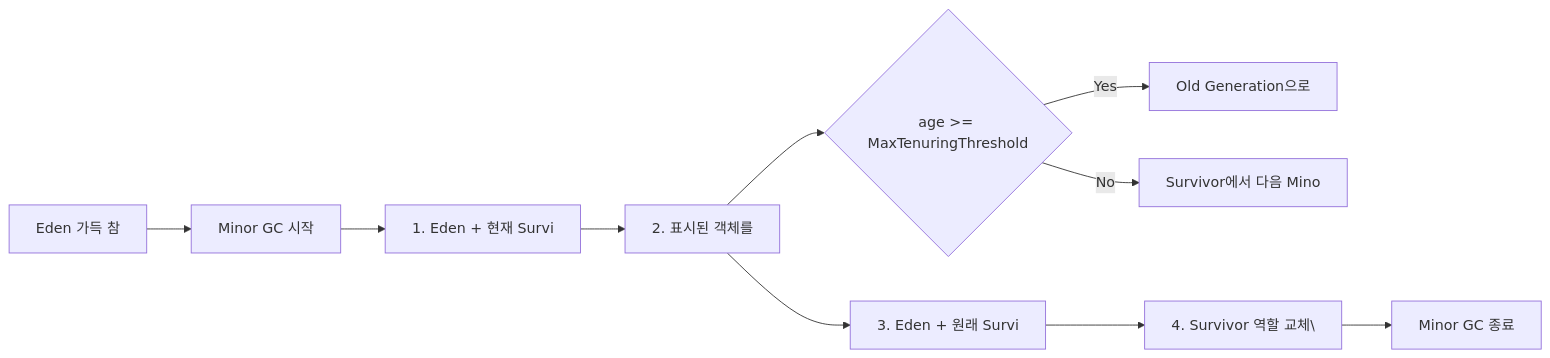
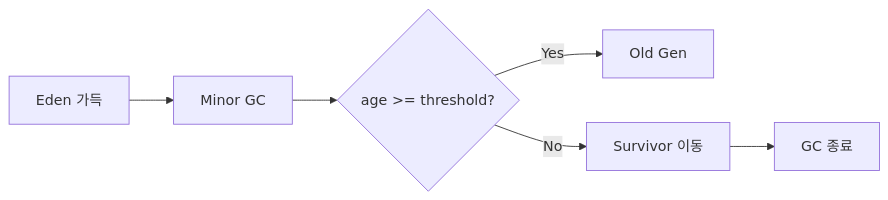
The sixth of 7 diagrams in _posts/java/2026-05-02-jvm-architecture.md (yjkim2015/yjkim2015.github.io), drawn with Mermaid before and after one commit. The commit also changed other lines of this file and 163 other files, not shown here.

First line of the commit message:
Mermaid 300개 블록 내용 축소: 5노드 5엣지 이하, 의미 있는 약어

````diff
--- a/_posts/java/2026-05-02-jvm-architecture.md
+++ b/_posts/java/2026-05-02-jvm-architecture.md
@@ -580,12 +576,8 @@
 ```mermaid
-flowchart LR
-    A["Eden 가득 참"] --> B["Minor GC 시작"]
-    B --> C["1. Eden + 현재 Survi"]
-    C --> D["2. 표시된 객체를"]
-    D --> E{"age >= MaxTenuringThreshold"}
-    E -->|Yes| F["Old Generation으로"]
-    E -->|No| G["Survivor에서 다음 Mino"]
-    D --> H["3. Eden + 원래 Survi"]
-    H --> I["4. Survivor 역할 교체\"]
-    I --> J["Minor GC 종료"]
+graph LR
+    A["Eden 가득"] --> B["Minor GC"]
+    B --> E{"age >= threshold?"}
+    E -->|Yes| F["Old Gen"]
+    E -->|No| G["Survivor 이동"]
+    G --> J["GC 종료"]
 ```
````
